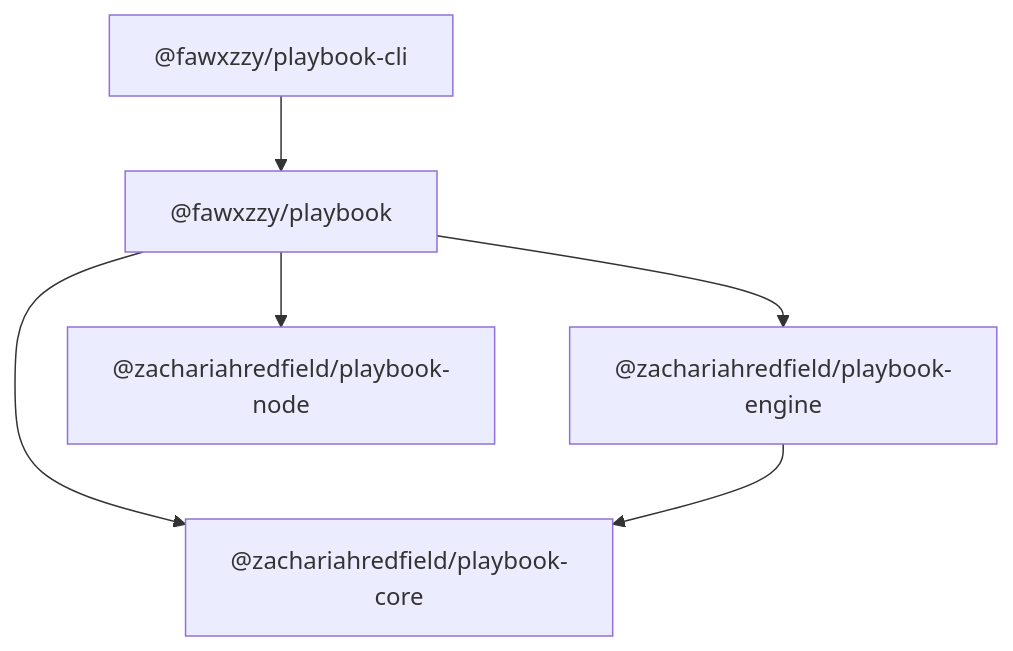
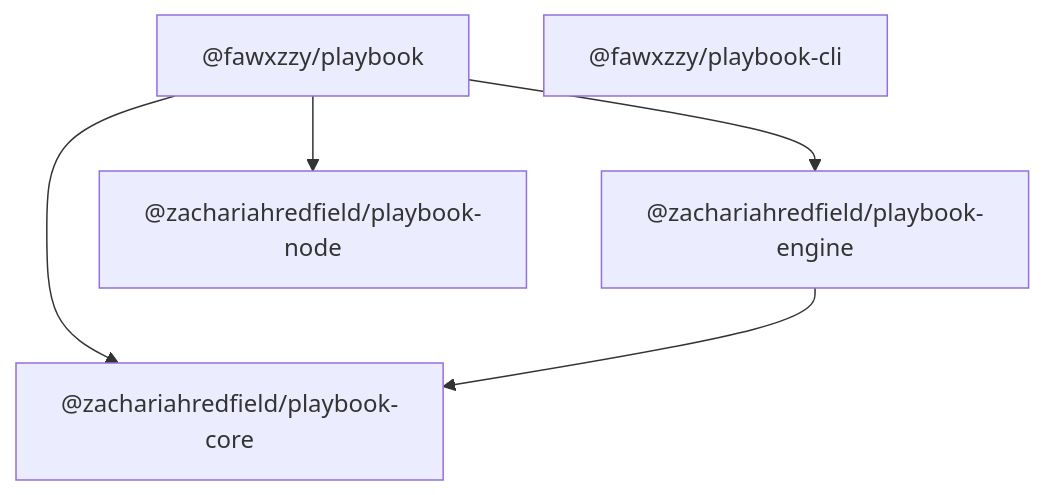
The second of 2 diagrams in docs/ARCHITECTURE_DIAGRAMS.md (ZachariahRedfield/playbook), drawn with Mermaid before and after one commit.

Commit message:
docs: update architecture diagrams

````diff
--- a/docs/ARCHITECTURE_DIAGRAMS.md
+++ b/docs/ARCHITECTURE_DIAGRAMS.md
@@ -20,13 +20,12 @@
 ```mermaid
 flowchart TB
   n_fawxzzy_playbook["@fawxzzy/playbook"]
   n_fawxzzy_playbook_cli["@fawxzzy/playbook-cli"]
   n_zachariahredfield_playbook_core["@zachariahredfield/playbook-core"]
   n_zachariahredfield_playbook_engine["@zachariahredfield/playbook-engine"]
   n_zachariahredfield_playbook_node["@zachariahredfield/playbook-node"]
   n_fawxzzy_playbook --> n_zachariahredfield_playbook_core
   n_fawxzzy_playbook --> n_zachariahredfield_playbook_engine
   n_fawxzzy_playbook --> n_zachariahredfield_playbook_node
-  n_fawxzzy_playbook_cli --> n_fawxzzy_playbook
   n_zachariahredfield_playbook_engine --> n_zachariahredfield_playbook_core
 ```
````
